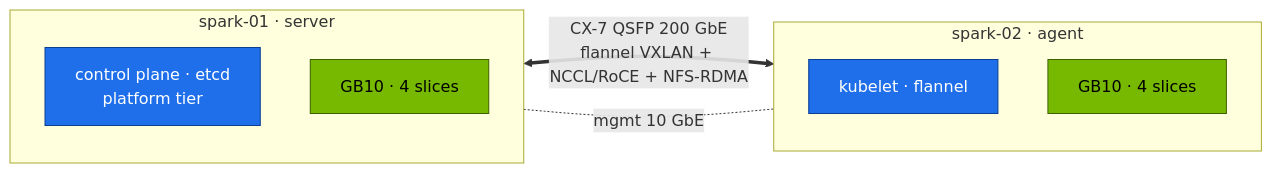
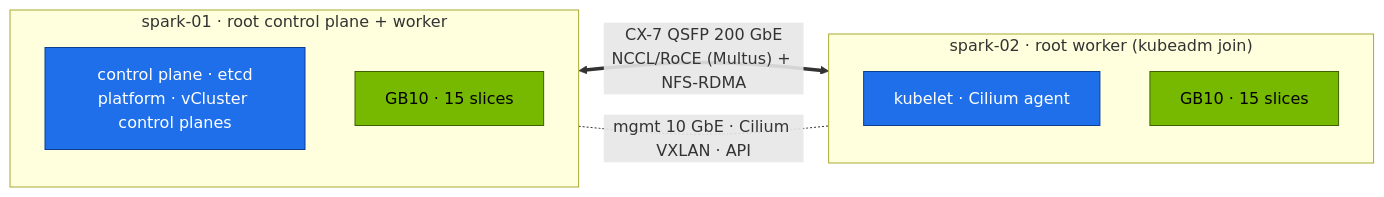
Before and after one commit to cloudone365/technical-depth: the third of 3 diagrams in 02 Kubernetes/15-dgx-spark-datacenter-simulation-lab.md, drawn with Mermaid. The commit also changed other lines of this file and 5 other files, not shown here.

````diff
--- a/02 Kubernetes/15-dgx-spark-datacenter-simulation-lab.md
+++ b/02 Kubernetes/15-dgx-spark-datacenter-simulation-lab.md
@@ -313,17 +338,17 @@
 ```mermaid
 flowchart LR
-  subgraph A["spark-01 · server"]
-    A1["control plane · etcd<br/>platform tier"]
-    A2["GB10 · 4 slices"]
+  subgraph A["spark-01 · root control plane + worker"]
+    A1["control plane · etcd<br/>platform · vCluster control planes"]
+    A2["GB10 · 15 slices"]
   end
-  subgraph B["spark-02 · agent"]
-    B1["kubelet · flannel"]
-    B2["GB10 · 4 slices"]
+  subgraph B["spark-02 · root worker (kubeadm join)"]
+    B1["kubelet · Cilium agent"]
+    B2["GB10 · 15 slices"]
   end
-  A <== "CX-7 QSFP 200 GbE<br/>flannel VXLAN + NCCL/RoCE + NFS-RDMA" ==> B
-  A -. "mgmt 10 GbE" .- B
+  A <== "CX-7 QSFP 200 GbE<br/>NCCL/RoCE (Multus) + NFS-RDMA" ==> B
+  A -. "mgmt 10 GbE · Cilium VXLAN · API" .- B
   classDef gpu fill:#76b900,stroke:#3d6000,color:#000
   classDef ctrl fill:#1f6feb,stroke:#0b3d91,color:#fff
   class A2,B2 gpu
   class A1,B1 ctrl
 ```
````
